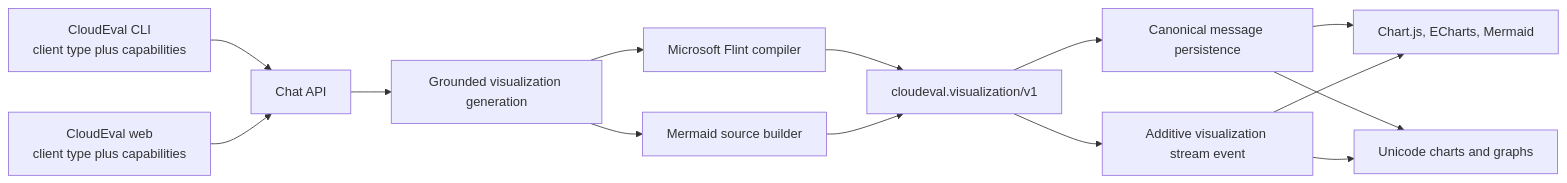
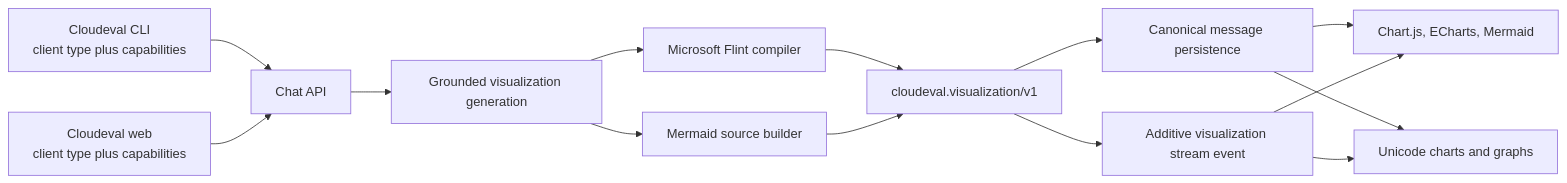
The diagram in docs/superpowers/specs/2026-07-21-terminal-visualization-artifacts-design.md (ganakailabs/cloudeval-cli), drawn with Mermaid before and after one commit. The commit also changed other lines of this file and 5 other files, not shown here.

````diff
--- a/docs/superpowers/specs/2026-07-21-terminal-visualization-artifacts-design.md
+++ b/docs/superpowers/specs/2026-07-21-terminal-visualization-artifacts-design.md
@@ -38,16 +38,16 @@
 ```mermaid
 flowchart LR
-    CLI["CloudEval CLI<br/>client type plus capabilities"] --> API["Chat API"]
-    WEB["CloudEval web<br/>client type plus capabilities"] --> API
+    CLI["Cloudeval CLI<br/>client type plus capabilities"] --> API["Chat API"]
+    WEB["Cloudeval web<br/>client type plus capabilities"] --> API
     API --> GEN["Grounded visualization generation"]
     GEN --> FLINT["Microsoft Flint compiler"]
     GEN --> MERMAID["Mermaid source builder"]
     FLINT --> ART["cloudeval.visualization/v1"]
     MERMAID --> ART
     ART --> STORE["Canonical message persistence"]
     ART --> SSE["Additive visualization stream event"]
     STORE --> WEBR["Chart.js, ECharts, Mermaid"]
     STORE --> CLIR["Unicode charts and graphs"]
     SSE --> WEBR
     SSE --> CLIR
 ```
````
